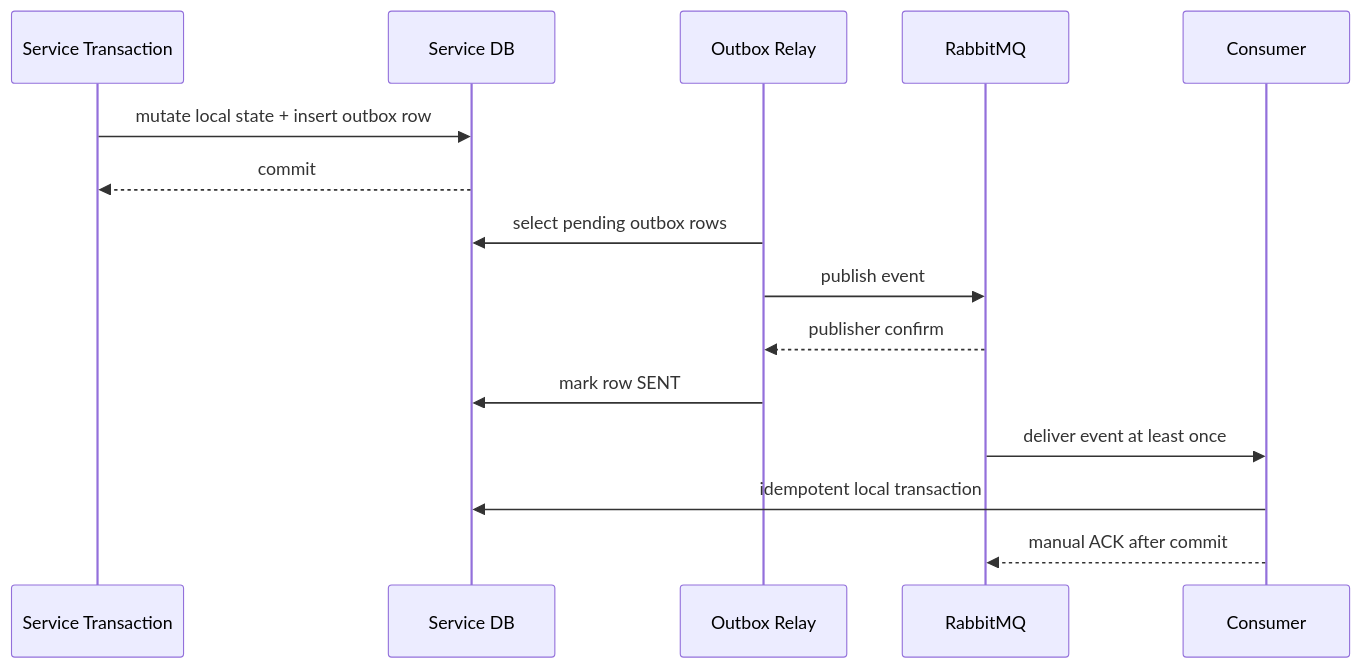
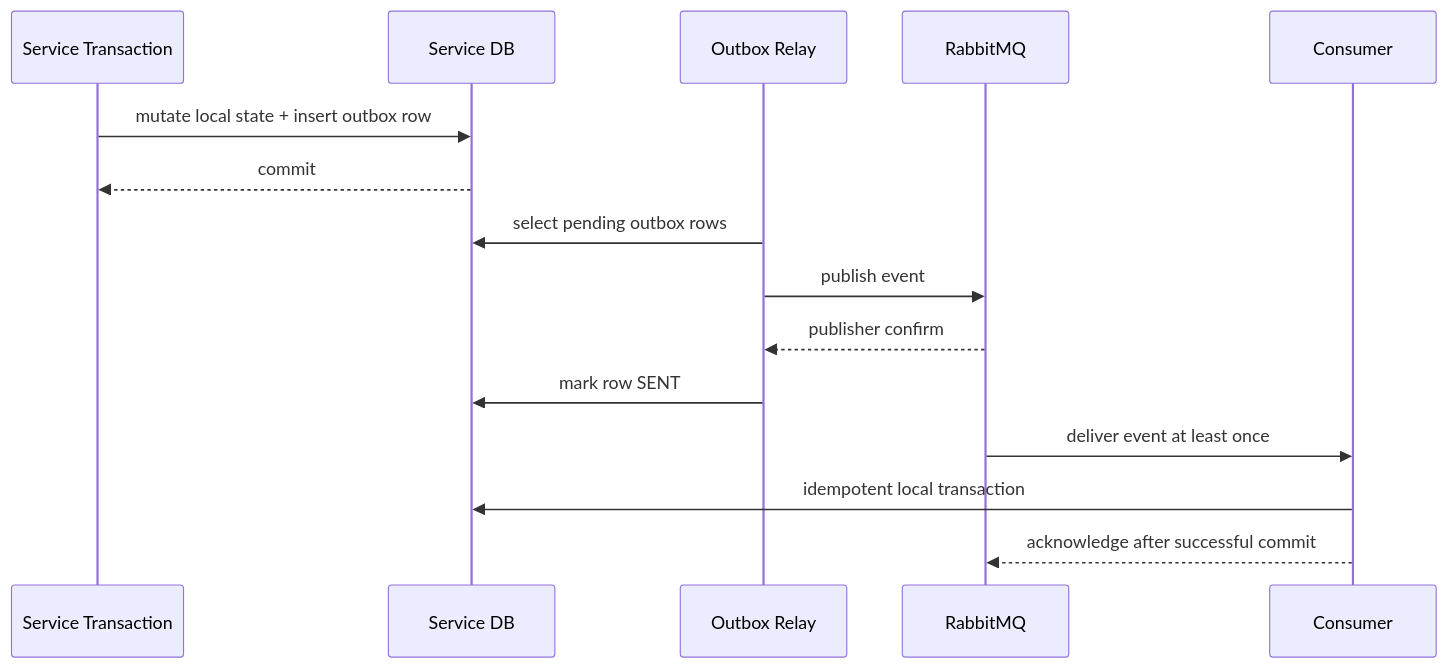
One commit to Yitin-tsai/eap-infra changed the third of 5 diagrams in docs/architecture.md. Above: the diagram before and after it, drawn with Mermaid. The commit also changed other lines of this file and 36 other files, not shown here.

````diff
--- a/docs/architecture.md
+++ b/docs/architecture.md
@@ -119,18 +126,18 @@
 ```mermaid
 sequenceDiagram
     participant S as Service Transaction
     participant DB as Service DB
     participant R as Outbox Relay
     participant MQ as RabbitMQ
     participant C as Consumer
 
     S->>DB: mutate local state + insert outbox row
     DB-->>S: commit
     R->>DB: select pending outbox rows
     R->>MQ: publish event
     MQ-->>R: publisher confirm
     R->>DB: mark row SENT
     MQ->>C: deliver event at least once
     C->>DB: idempotent local transaction
-    C-->>MQ: manual ACK after commit
+    C-->>MQ: acknowledge after successful commit
 ```
````
